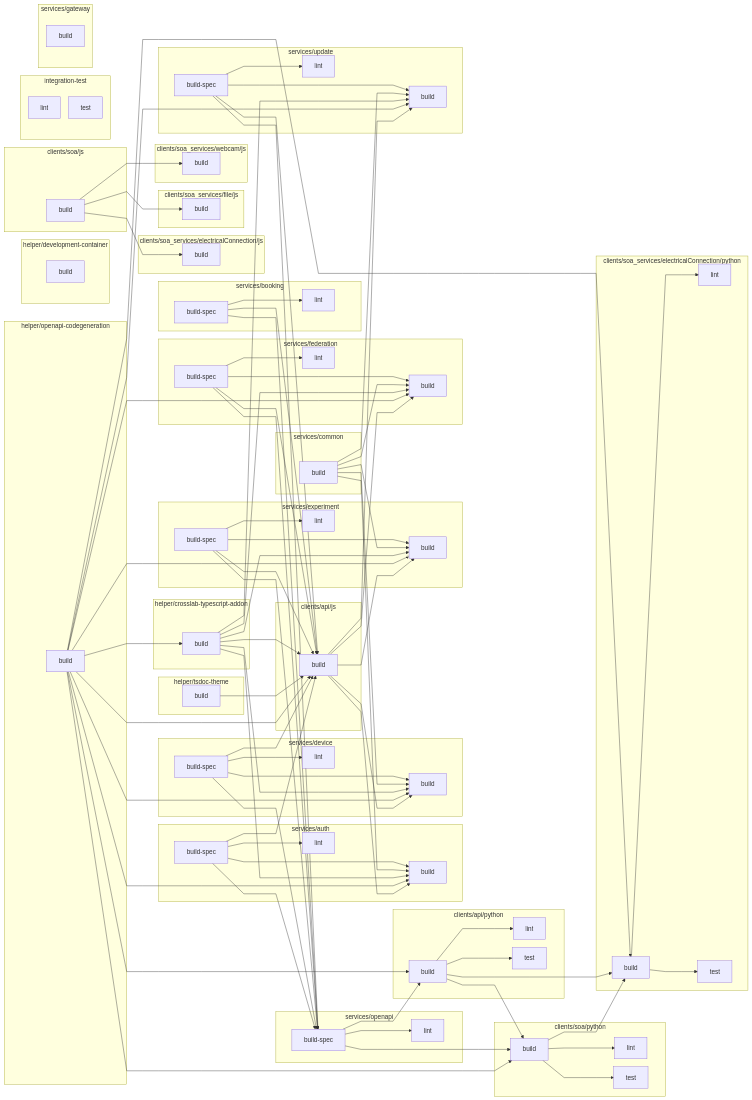
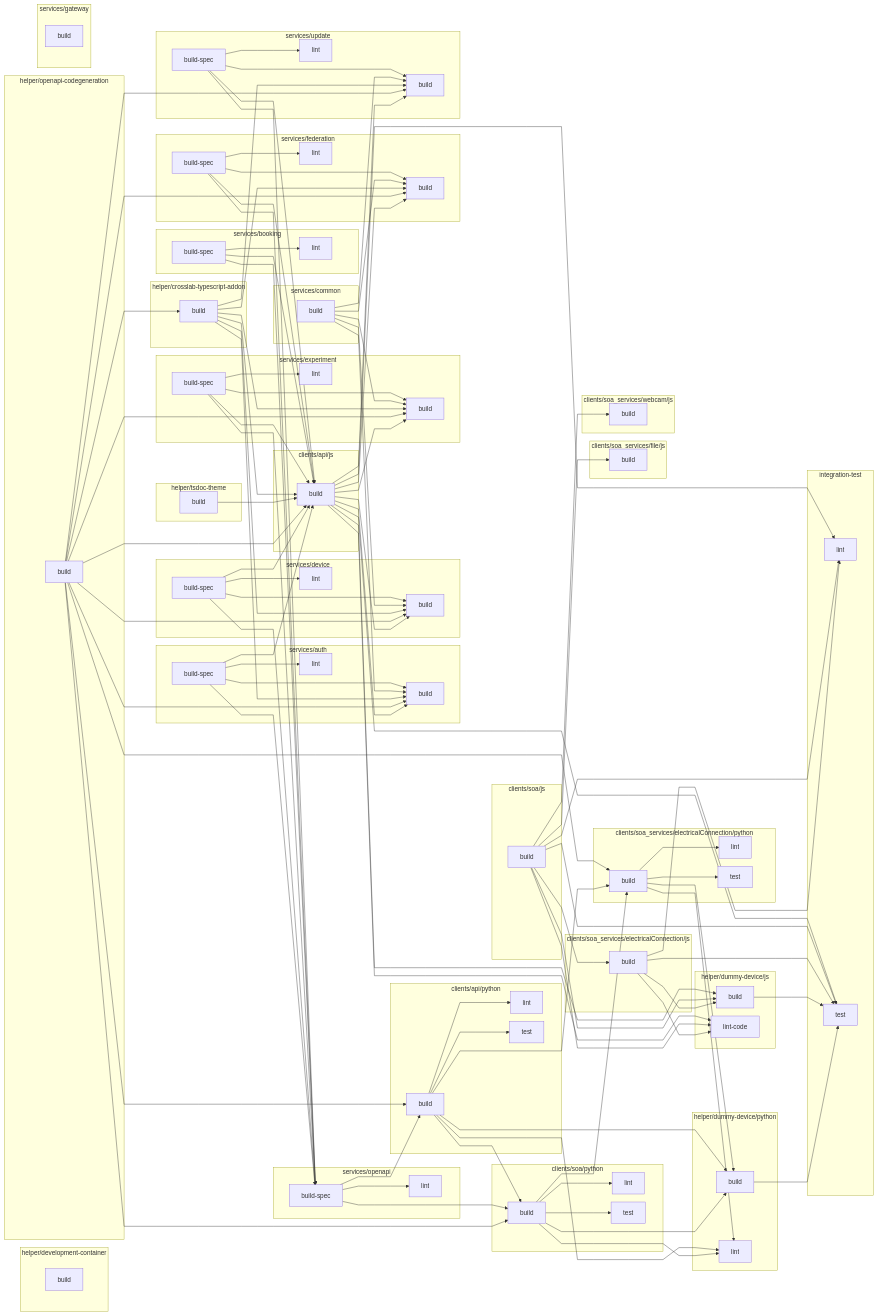
The diagram in README.md (Cross-Lab-Project/crosslab), drawn with Mermaid before and after one commit. The commit also changed other lines of this file and 4 other files, not shown here.

Commit message:
integration test ci

```diff
--- a/README.md
+++ b/README.md
@@ -79,6 +81,14 @@
   end
   subgraph helper/development-container
     helper/development-container:build[build]
+  end
+  subgraph helper/dummy-device/js
+    helper/dummy-device/js:build[build]
+    helper/dummy-device/js:lint-code[lint-code]
+  end
+  subgraph helper/dummy-device/python
+    helper/dummy-device/python:build[build]
+    helper/dummy-device/python:lint[lint]
   end
   subgraph helper/openapi-codegeneration
     helper/openapi-codegeneration:build[build]
@@ -156,6 +166,26 @@
   clients/soa/js:build[build] --> clients/soa_services/file/js:build[build]
   clients/soa/js:build[build] --> clients/soa_services/webcam/js:build[build]
   helper/openapi-codegeneration:build[build] --> helper/crosslab-typescript-addon:build[build]
+  clients/api/js:build[build] --> helper/dummy-device/js:build[build]
+  clients/soa/js:build[build] --> helper/dummy-device/js:build[build]
+  clients/soa_services/electricalConnection/js:build[build] --> helper/dummy-device/js:build[build]
+  clients/api/js:build[build] --> helper/dummy-device/js:lint-code[lint-code]
+  clients/soa/js:build[build] --> helper/dummy-device/js:lint-code[lint-code]
+  clients/soa_services/electricalConnection/js:build[build] --> helper/dummy-device/js:lint-code[lint-code]
+  clients/api/python:build[build] --> helper/dummy-device/python:build[build]
+  clients/soa/python:build[build] --> helper/dummy-device/python:build[build]
+  clients/soa_services/electricalConnection/python:build[build] --> helper/dummy-device/python:build[build]
+  clients/api/python:build[build] --> helper/dummy-device/python:lint[lint]
+  clients/soa/python:build[build] --> helper/dummy-device/python:lint[lint]
+  clients/soa_services/electricalConnection/python:build[build] --> helper/dummy-device/python:lint[lint]
+  clients/api/js:build[build] --> integration-test:lint[lint]
+  clients/soa/js:build[build] --> integration-test:lint[lint]
+  clients/soa_services/electricalConnection/js:build[build] --> integration-test:lint[lint]
+  clients/api/js:build[build] --> integration-test:test[test]
+  clients/soa/js:build[build] --> integration-test:test[test]
+  clients/soa_services/electricalConnection/js:build[build] --> integration-test:test[test]
+  helper/dummy-device/js:build[build] --> integration-test:test[test]
+  helper/dummy-device/python:build[build] --> integration-test:test[test]
   services/auth:build-spec[build-spec] --> services/auth:build[build]
   services/common:build[build] --> services/auth:build[build]
   helper/crosslab-typescript-addon:build[build] --> services/auth:build[build]
```
